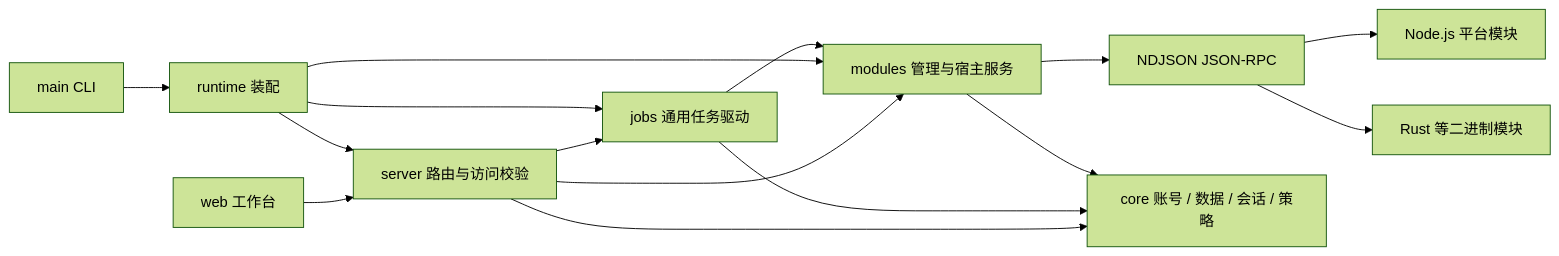
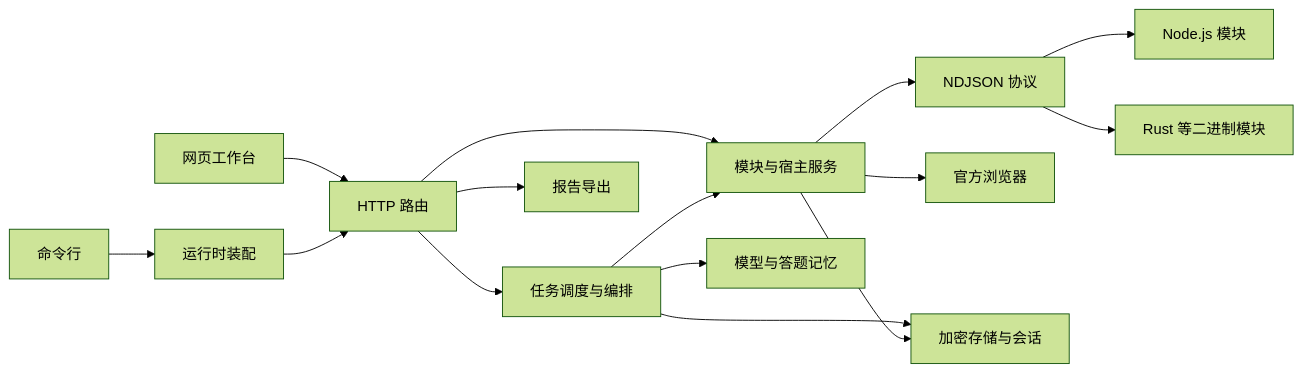
Before and after one commit to Course-Flow-Lab/courseflow-framework: the first of 2 diagrams in docs/ARCHITECTURE.md, drawn with Mermaid (forest theme). The commit also changed other lines of this file and 39 other files, not shown here.

````diff
--- a/docs/ARCHITECTURE.md
+++ b/docs/ARCHITECTURE.md
@@ -7,17 +7,17 @@
 ```mermaid
 flowchart LR
-  Web[web 工作台] --> HTTP[server 路由与访问校验]
-  CLI[main CLI] --> Runtime[runtime 装配]
-  HTTP --> Jobs[jobs 通用任务驱动]
-  HTTP --> Host[modules 管理与宿主服务]
+  Web[网页工作台] --> HTTP[HTTP 路由]
+  CLI[命令行] --> Runtime[运行时装配]
   Runtime --> HTTP
-  Runtime --> Jobs
-  Runtime --> Host
+  HTTP --> Jobs[任务调度与编排]
+  HTTP --> Host[模块与宿主服务]
   Jobs --> Host
-  Host --> RPC[NDJSON JSON-RPC]
-  RPC --> Node[Node.js 平台模块]
+  Host --> RPC[NDJSON 协议]
+  RPC --> Node[Node.js 模块]
   RPC --> Binary[Rust 等二进制模块]
-  HTTP --> Core[core 账号 / 数据 / 会话 / 策略]
-  Jobs --> Core
+  Host --> Browser[官方浏览器]
+  Jobs --> AI[模型与答题记忆]
+  HTTP --> Export[报告导出]
+  Jobs --> Core[加密存储与会话]
   Host --> Core
 ```
````
